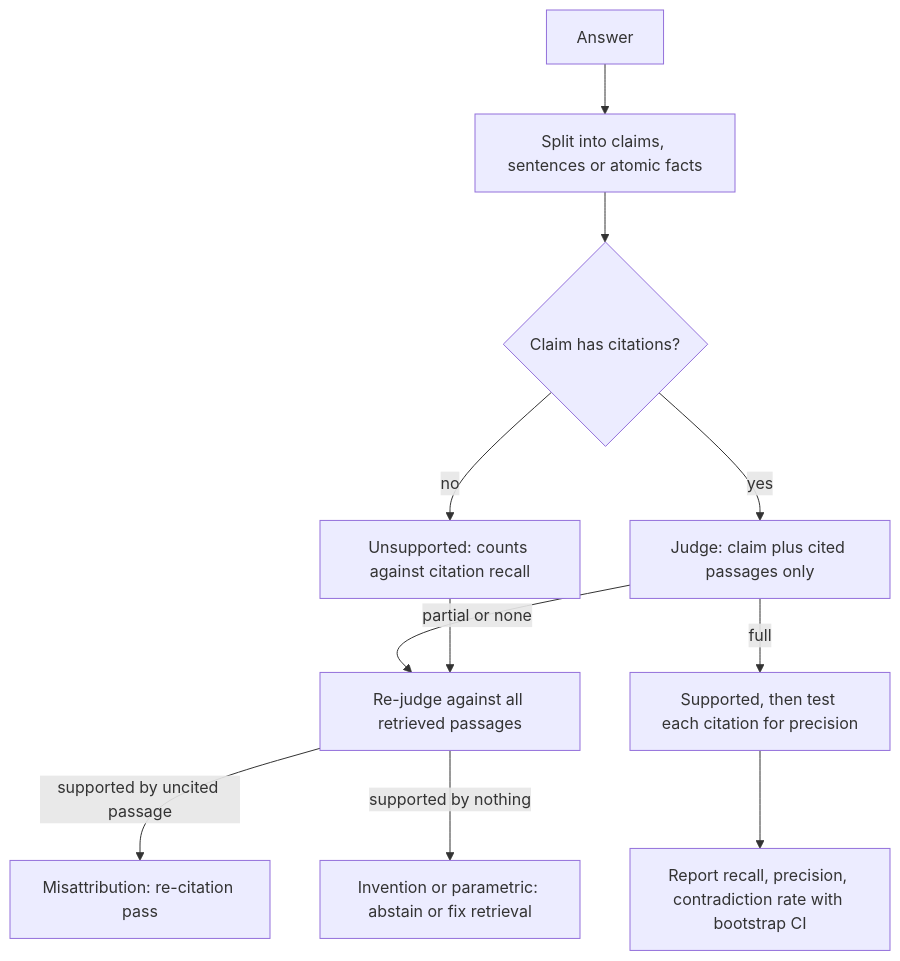
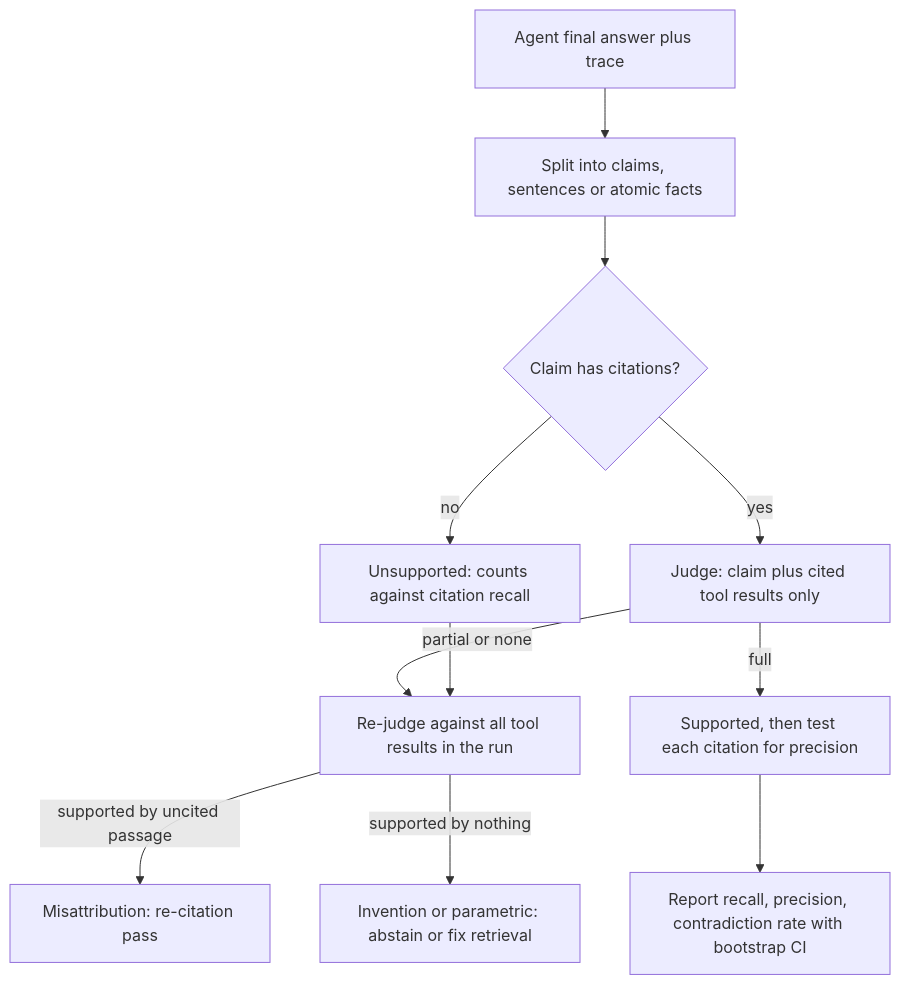
One commit to lovishmahajan97/agentic-learning changed the diagram in content/rag-retrieval/citation-correctness.md. Above: the diagram before and after it, drawn with Mermaid. The commit also changed other lines of this file and 266 other files, not shown here.

````diff
--- a/content/rag-retrieval/citation-correctness.md
+++ b/content/rag-retrieval/citation-correctness.md
@@ -112,13 +127,13 @@
 ```mermaid
 flowchart TD
-    A["Answer"] --> S["Split into claims, sentences or atomic facts"]
+    A["Agent final answer plus trace"] --> S["Split into claims, sentences or atomic facts"]
     S --> C{"Claim has citations?"}
     C -->|"no"| U["Unsupported: counts against citation recall"]
-    C -->|"yes"| J["Judge: claim plus cited passages only"]
+    C -->|"yes"| J["Judge: claim plus cited tool results only"]
     J -->|"full"| F["Supported, then test each citation for precision"]
-    J -->|"partial or none"| X["Re-judge against all retrieved passages"]
+    J -->|"partial or none"| X["Re-judge against all tool results in the run"]
     U --> X
     X -->|"supported by uncited passage"| M["Misattribution: re-citation pass"]
     X -->|"supported by nothing"| I["Invention or parametric: abstain or fix retrieval"]
     F --> R["Report recall, precision, contradiction rate with bootstrap CI"]
 ```
````
